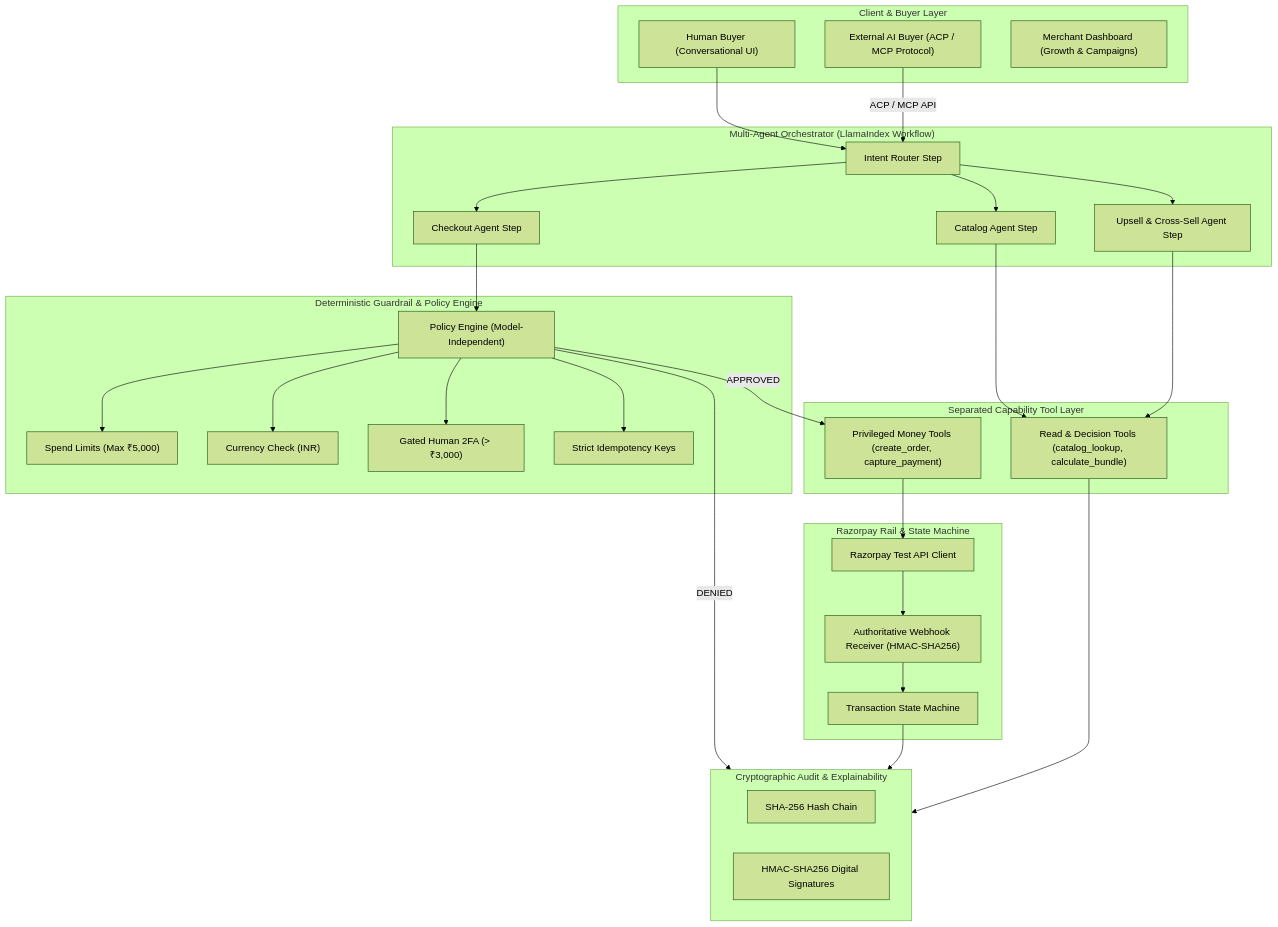
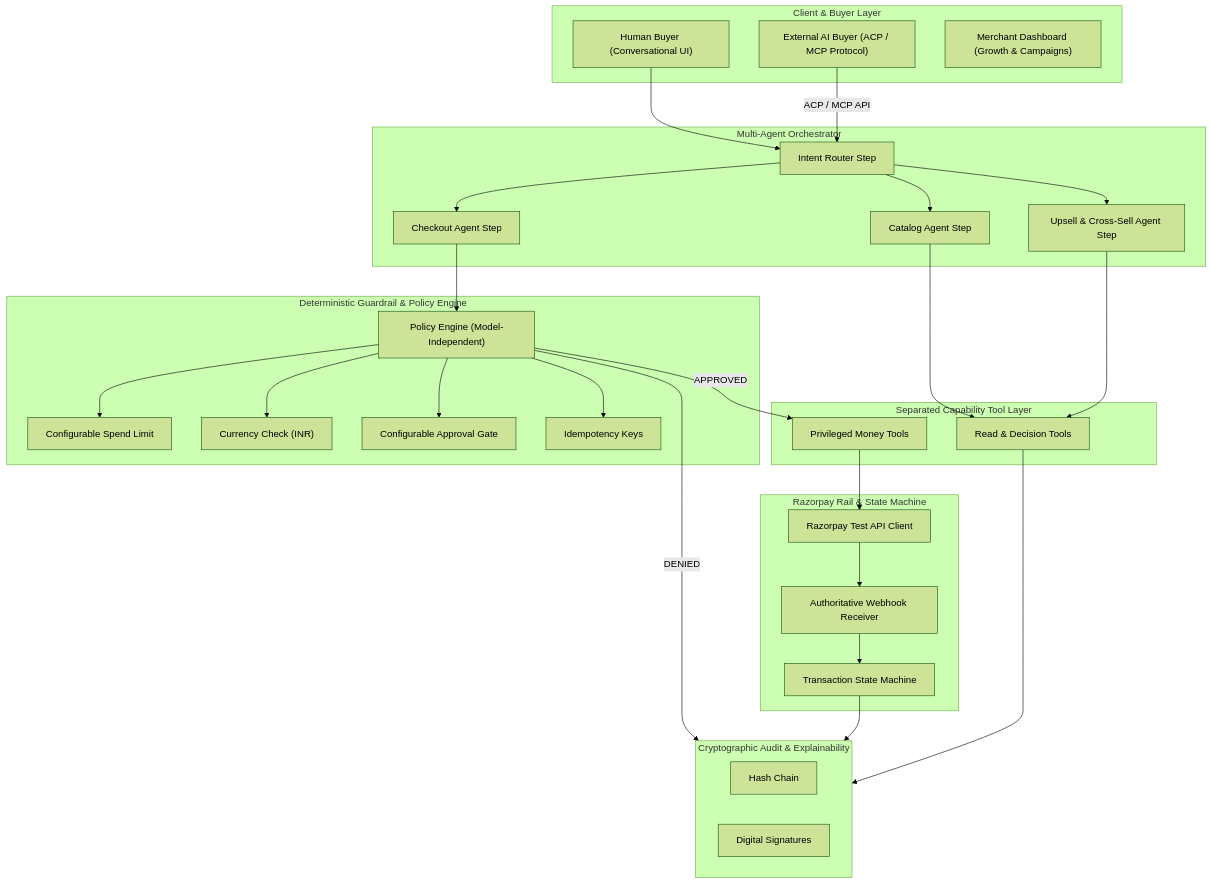
Before and after one commit to grvwrk/pay-pipeline: the diagram in README.md, drawn with Mermaid (forest theme). The commit also changed other lines of this file, not shown here.

````diff
--- a/README.md
+++ b/README.md
@@ -13,63 +11,63 @@
 ```mermaid
 flowchart TD
     subgraph Client_Layer ["Client & Buyer Layer"]
         HumanBuyer["Human Buyer (Conversational UI)"]
         AIBuyer["External AI Buyer (ACP / MCP Protocol)"]
         MerchantAdmin["Merchant Dashboard (Growth & Campaigns)"]
     end
 
-    subgraph Orchestrator_Layer ["Multi-Agent Orchestrator (LlamaIndex Workflow)"]
+    subgraph Orchestrator_Layer ["Multi-Agent Orchestrator"]
         IntentRouter["Intent Router Step"]
         CatalogAgent["Catalog Agent Step"]
         UpsellAgent["Upsell & Cross-Sell Agent Step"]
         CheckoutAgent["Checkout Agent Step"]
     end
 
     subgraph Security_Layer ["Deterministic Guardrail & Policy Engine"]
         GuardrailEngine["Policy Engine (Model-Independent)"]
-        RuleSpendLimit["Spend Limits (Max ₹5,000)"]
+        RuleSpendLimit["Configurable Spend Limit"]
         RuleCurrency["Currency Check (INR)"]
-        RuleApproval["Gated Human 2FA (> ₹3,000)"]
-        RuleIdempotency["Strict Idempotency Keys"]
+        RuleApproval["Configurable Approval Gate"]
+        RuleIdempotency["Idempotency Keys"]
     end
 
     subgraph Tool_Layer ["Separated Capability Tool Layer"]
-        ReadTools["Read & Decision Tools (catalog_lookup, calculate_bundle)"]
-        MoneyTools["Privileged Money Tools (create_order, capture_payment)"]
+        ReadTools["Read & Decision Tools"]
+        MoneyTools["Privileged Money Tools"]
     end
 
     subgraph Payment_Layer ["Razorpay Rail & State Machine"]
         RazorpayClient["Razorpay Test API Client"]
-        WebhookReceiver["Authoritative Webhook Receiver (HMAC-SHA256)"]
+        WebhookReceiver["Authoritative Webhook Receiver"]
         TxnStateMachine["Transaction State Machine"]
     end
 
     subgraph Audit_Layer ["Cryptographic Audit & Explainability"]
-        HashChain["SHA-256 Hash Chain"]
-        HMACSig["HMAC-SHA256 Digital Signatures"]
+        HashChain["Hash Chain"]
+        HMACSig["Digital Signatures"]
     end
 
     HumanBuyer --> IntentRouter
     AIBuyer -->|ACP / MCP API| IntentRouter
     IntentRouter --> CatalogAgent
     IntentRouter --> UpsellAgent
     IntentRouter --> CheckoutAgent
 
     CatalogAgent --> ReadTools
     UpsellAgent --> ReadTools
     CheckoutAgent --> GuardrailEngine
 
     GuardrailEngine --> RuleSpendLimit
     GuardrailEngine --> RuleCurrency
     GuardrailEngine --> RuleApproval
     GuardrailEngine --> RuleIdempotency
 
     GuardrailEngine -->|APPROVED| MoneyTools
     GuardrailEngine -->|DENIED| Audit_Layer
 
     MoneyTools --> RazorpayClient
     RazorpayClient --> WebhookReceiver
     WebhookReceiver --> TxnStateMachine
     TxnStateMachine --> Audit_Layer
     ReadTools --> Audit_Layer
 ```
````
